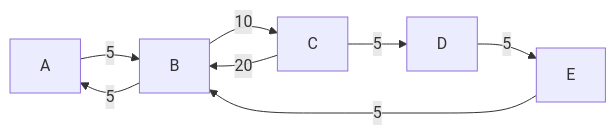
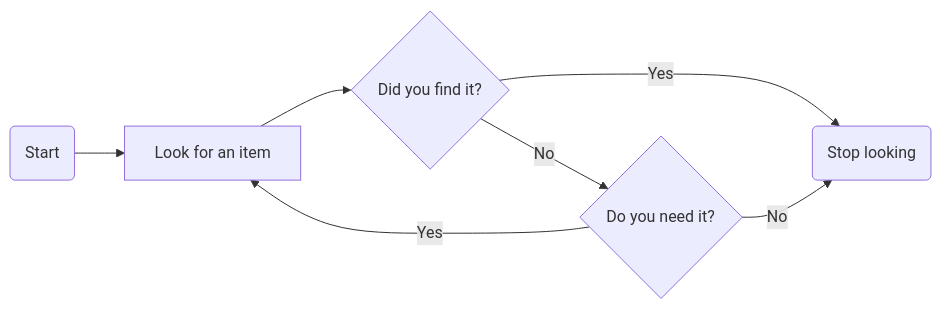
The first of 2 diagrams in README.md (travellingcoderr/travellingcoderr), drawn with Mermaid before and after one commit. The commit also changed other lines of this file, not shown here.

````diff
--- a/README.md
+++ b/README.md
@@ -46,10 +1,13 @@
 ```mermaid
-flowchart LR
-    A -->|5| B
-    B -->|5| A
-    B -->|10| C
-    C -->|5| D
-    C -->|20| B
-    D --> |5| E
-    E --> |5| B
+graph LR
+
+A(Start)
+
+A --> B[Look for an item]
+
+B --> C{Did you find it?}
+C -->|Yes| D(Stop looking)
+C -->|No| E{Do you need it?}
+E -->|Yes| B
+E -->|No| D
 ```
````
